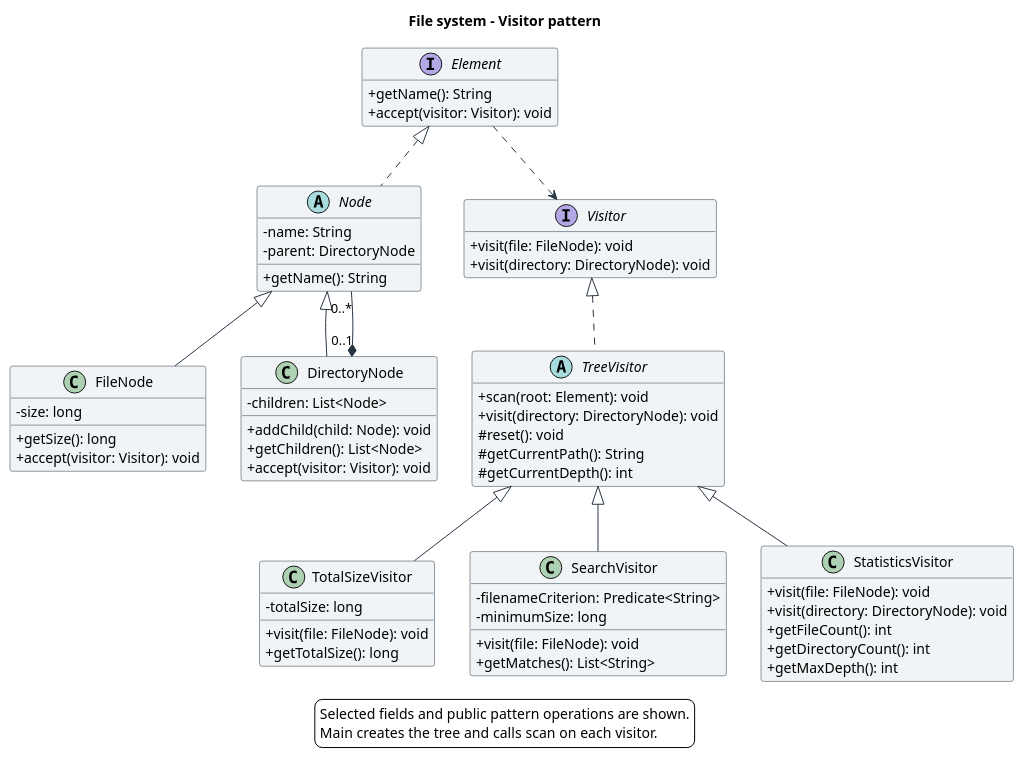
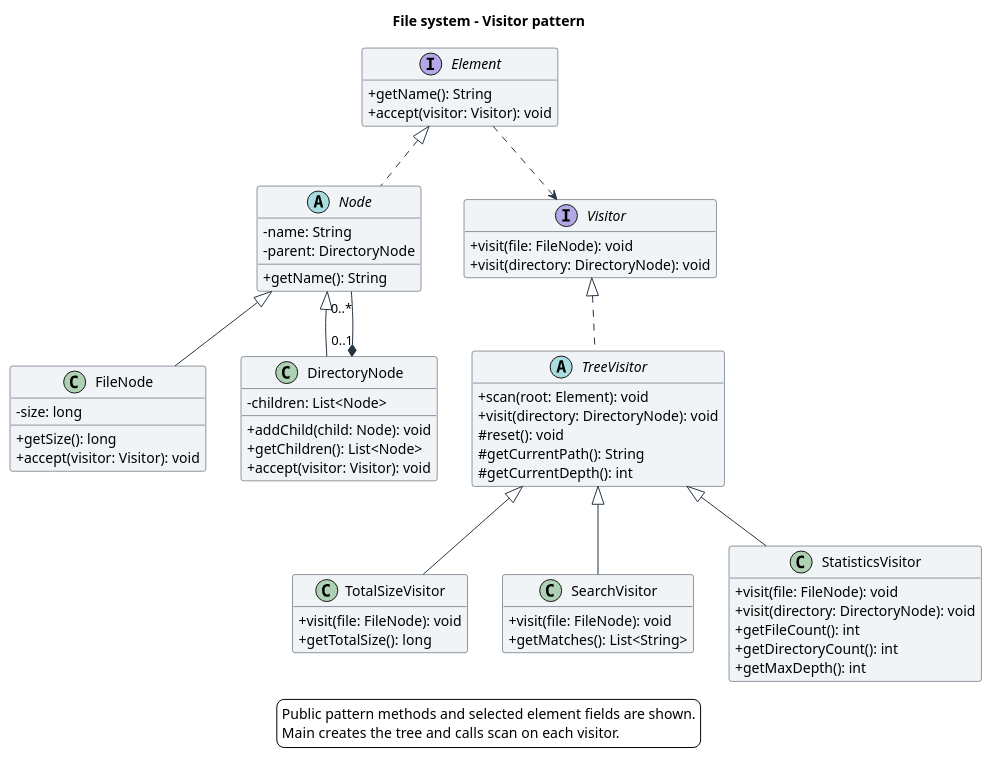
One commit to bossmerej-ship-it/SDP-6 changed the diagram in docs/visitor-uml.puml. Above: the diagram before and after it, drawn with PlantUML. The commit also changed 4 other files, not shown here.

Commit message:
Align UML layout and embed a vector diagram in report

```diff
--- a/docs/visitor-uml.puml
+++ b/docs/visitor-uml.puml
@@ -1,76 +1,73 @@
 @startuml
 title File system - Visitor pattern
 skinparam backgroundColor white
 skinparam shadowing false
 skinparam defaultFontName "Segoe UI"
 skinparam classBackgroundColor #F1F4F6
 skinparam classBorderColor #263442
 skinparam ArrowColor #263442
 skinparam classAttributeIconSize 0
 hide empty members
 
 interface Element {
   + getName(): String
   + accept(visitor: Visitor): void
 }
 abstract class Node {
   - name: String
   - parent: DirectoryNode
   + getName(): String
 }
 class FileNode {
   - size: long
   + getSize(): long
   + accept(visitor: Visitor): void
 }
 class DirectoryNode {
   - children: List<Node>
   + addChild(child: Node): void
   + getChildren(): List<Node>
   + accept(visitor: Visitor): void
 }
 interface Visitor {
   + visit(file: FileNode): void
   + visit(directory: DirectoryNode): void
 }
 abstract class TreeVisitor {
   + scan(root: Element): void
   + visit(directory: DirectoryNode): void
   # reset(): void
   # getCurrentPath(): String
   # getCurrentDepth(): int
 }
 class TotalSizeVisitor {
-  - totalSize: long
   + visit(file: FileNode): void
   + getTotalSize(): long
 }
 class SearchVisitor {
-  - filenameCriterion: Predicate<String>
-  - minimumSize: long
   + visit(file: FileNode): void
   + getMatches(): List<String>
 }
 class StatisticsVisitor {
   + visit(file: FileNode): void
   + visit(directory: DirectoryNode): void
   + getFileCount(): int
   + getDirectoryCount(): int
   + getMaxDepth(): int
 }
 
 Element <|.. Node
 Node <|-- FileNode
 Node <|-- DirectoryNode
 DirectoryNode "0..1" *-- "0..*" Node
 Element ..> Visitor
 Visitor <|.. TreeVisitor
 TreeVisitor <|-- TotalSizeVisitor
 TreeVisitor <|-- SearchVisitor
 TreeVisitor <|-- StatisticsVisitor
 
 legend bottom
-  Selected fields and public pattern operations are shown.
+  Public pattern methods and selected element fields are shown.
   Main creates the tree and calls scan on each visitor.
 endlegend
 @enduml
```
